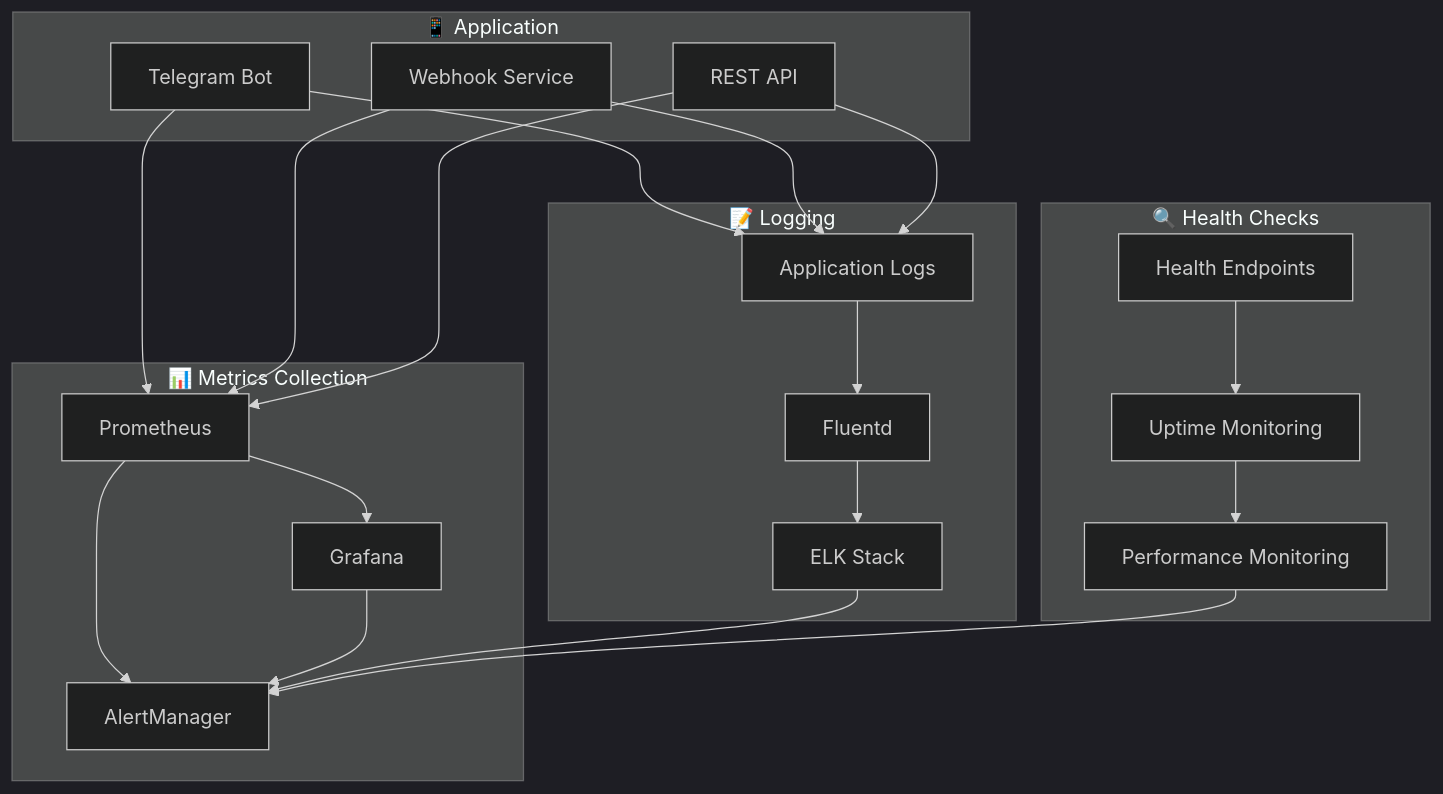
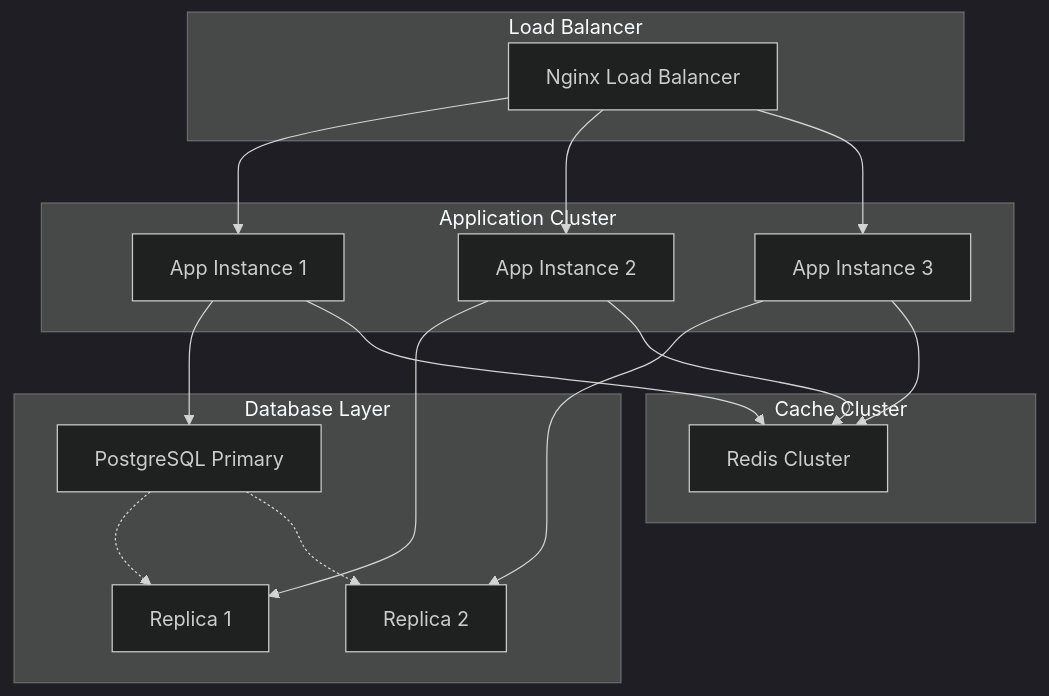
Before and after one commit to neKamita/Mirza-Telegram-Shop-Bot: the eighth of 9 diagrams in docs/ARCHITECTURE.md, drawn with Mermaid (dark theme). The commit also changed other lines of this file and 23 other files, not shown here.

````diff
--- a/docs/ARCHITECTURE.md
+++ b/docs/ARCHITECTURE.md
@@ -358,48 +433,37 @@
 ```mermaid
 graph TB
-    subgraph "📱 Application"
-        BOT[Telegram Bot]
-        WEB[Webhook Service]
-        API[REST API]
+    subgraph "Load Balancer"
+        LB[Nginx Load Balancer]
     end
     
-    subgraph "📊 Metrics Collection"
-        PROM[Prometheus]
-        GRAF[Grafana]
-        ALERT[AlertManager]
+    subgraph "Application Cluster"
+        APP1[App Instance 1]
+        APP2[App Instance 2]
+        APP3[App Instance 3]
     end
     
-    subgraph "📝 Logging"
-        LOGS[Application Logs]
-        ELK[ELK Stack]
-        FLUENT[Fluentd]
+    subgraph "Database Layer"
+        PG_PRIMARY[PostgreSQL Primary]
+        PG_REPLICA1[Replica 1]
+        PG_REPLICA2[Replica 2]
     end
     
-    subgraph "🔍 Health Checks"
-        HEALTH[Health Endpoints]
-        UPTIME[Uptime Monitoring]
-        PERF[Performance Monitoring]
+    subgraph "Cache Cluster"
+        REDIS_CLUSTER[Redis Cluster]
     end
     
-    BOT --> PROM
-    WEB --> PROM
-    API --> PROM
+    LB --> APP1
+    LB --> APP2
+    LB --> APP3
     
-    BOT --> LOGS
-    WEB --> LOGS
-    API --> LOGS
+    APP1 --> PG_PRIMARY
+    APP2 --> PG_REPLICA1
+    APP3 --> PG_REPLICA2
     
-    PROM --> GRAF
-    PROM --> ALERT
+    APP1 --> REDIS_CLUSTER
+    APP2 --> REDIS_CLUSTER
+    APP3 --> REDIS_CLUSTER
     
-    LOGS --> FLUENT
-    FLUENT --> ELK
-    
-    HEALTH --> UPTIME
-    UPTIME --> PERF
-    
-    GRAF --> ALERT
-    ELK --> ALERT
-    PERF --> ALERT
-    
+    PG_PRIMARY -.-> PG_REPLICA1
+    PG_PRIMARY -.-> PG_REPLICA2
 ```
````
